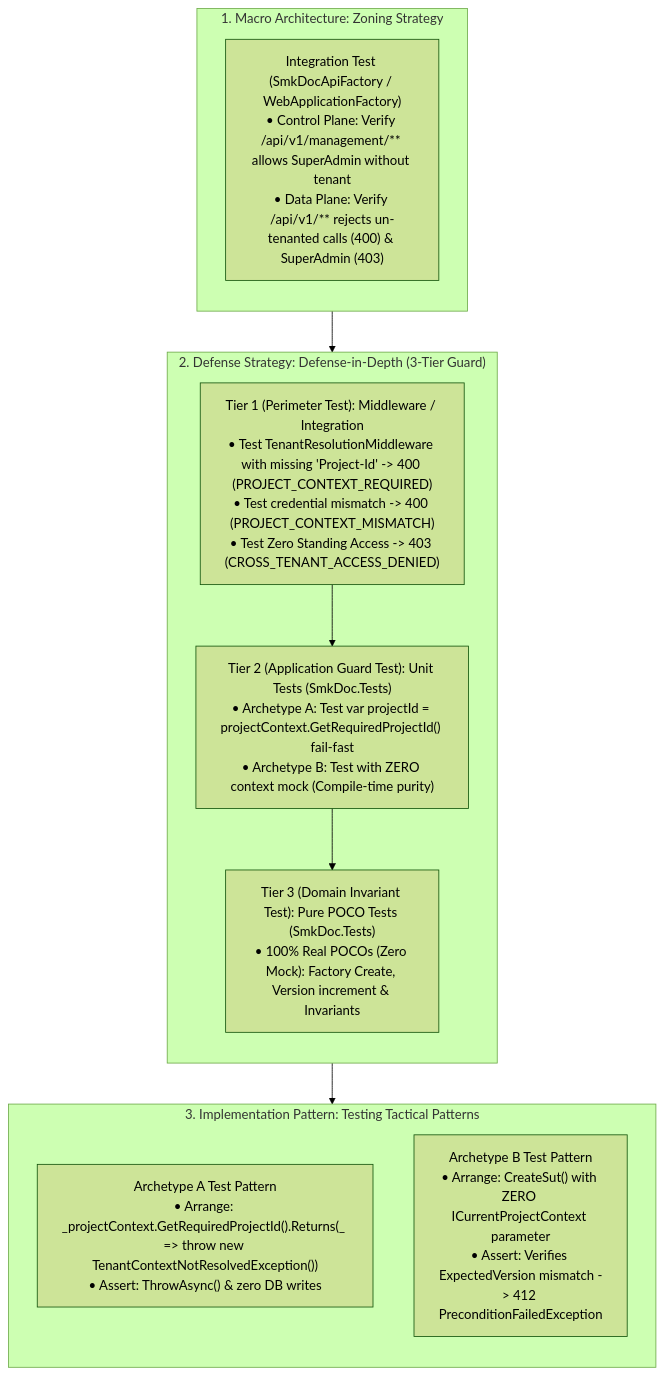
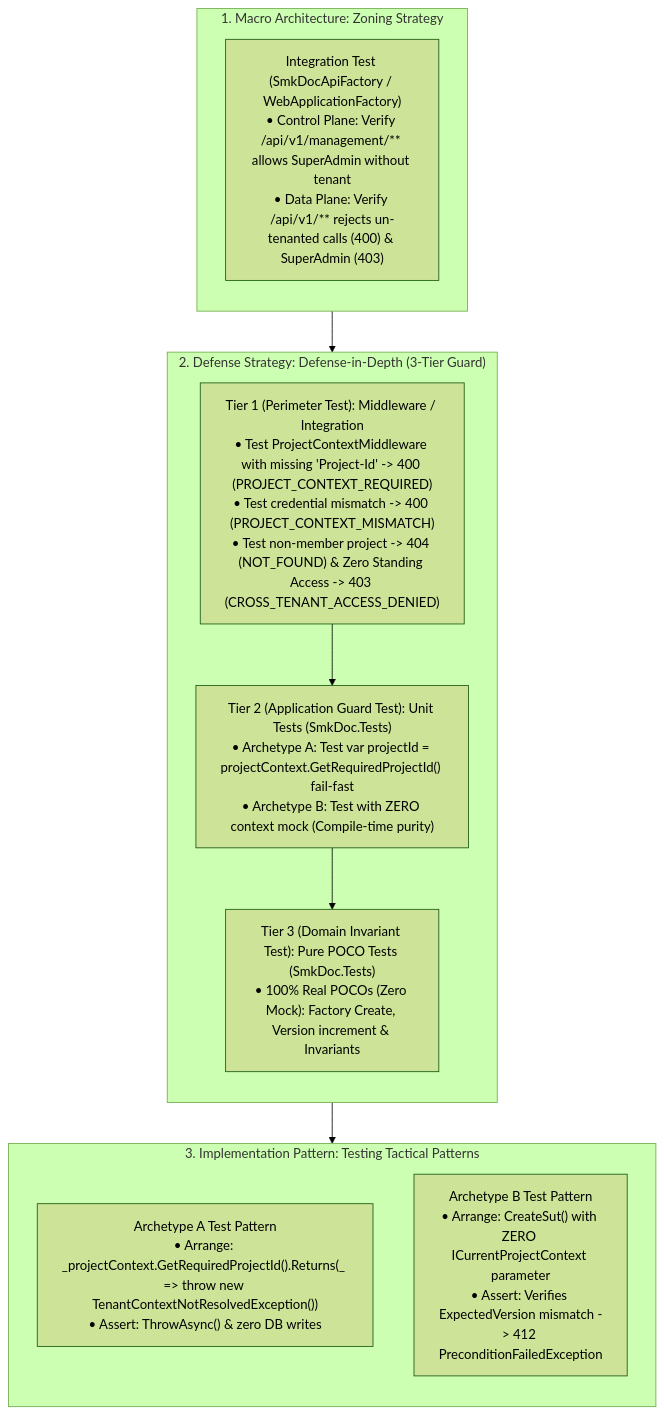
Before and after one commit to suang05/doc_template: the diagram in specs/01_clean_arch_patterns/05_testing_archetypes.md, drawn with Mermaid (forest theme). The commit also changed 171 other files, not shown here.

````diff
--- a/specs/01_clean_arch_patterns/05_testing_archetypes.md
+++ b/specs/01_clean_arch_patterns/05_testing_archetypes.md
@@ -23,24 +23,24 @@
 ```mermaid
 flowchart TD
     subgraph Macro ["1. Macro Architecture: Zoning Strategy"]
         direction TB
         IntMacro["Integration Test (SmkDocApiFactory / WebApplicationFactory)\n• Control Plane: Verify /api/v1/management/** allows SuperAdmin without tenant\n• Data Plane: Verify /api/v1/** rejects un-tenanted calls (400) & SuperAdmin (403)"]
     end
 
     subgraph Defense ["2. Defense Strategy: Defense-in-Depth (3-Tier Guard)"]
         direction TB
-        TestT1["Tier 1 (Perimeter Test): Middleware / Integration\n• Test TenantResolutionMiddleware with missing 'Project-Id' -> 400 (PROJECT_CONTEXT_REQUIRED)\n• Test credential mismatch -> 400 (PROJECT_CONTEXT_MISMATCH)\n• Test Zero Standing Access -> 403 (CROSS_TENANT_ACCESS_DENIED)"]
+        TestT1["Tier 1 (Perimeter Test): Middleware / Integration\n• Test ProjectContextMiddleware with missing 'Project-Id' -> 400 (PROJECT_CONTEXT_REQUIRED)\n• Test credential mismatch -> 400 (PROJECT_CONTEXT_MISMATCH)\n• Test non-member project -> 404 (NOT_FOUND) & Zero Standing Access -> 403 (CROSS_TENANT_ACCESS_DENIED)"]
         TestT2["Tier 2 (Application Guard Test): Unit Tests (SmkDoc.Tests)\n• Archetype A: Test var projectId = projectContext.GetRequiredProjectId() fail-fast\n• Archetype B: Test with ZERO context mock (Compile-time purity)"]
         TestT3["Tier 3 (Domain Invariant Test): Pure POCO Tests (SmkDoc.Tests)\n• 100% Real POCOs (Zero Mock): Factory Create, Version increment & Invariants"]
         TestT1 --> TestT2 --> TestT3
     end
 
     subgraph Tactical ["3. Implementation Pattern: Testing Tactical Patterns"]
         direction TB
         MockA["Archetype A Test Pattern\n• Arrange: _projectContext.GetRequiredProjectId().Returns(_ => throw new TenantContextNotResolvedException())\n• Assert: ThrowAsync<TenantContextNotResolvedException>() & zero DB writes"]
         MockB["Archetype B Test Pattern\n• Arrange: CreateSut() with ZERO ICurrentProjectContext parameter\n• Assert: Verifies ExpectedVersion mismatch -> 412 PreconditionFailedException"]
     end
 
     IntMacro --> TestT1
     TestT2 --> Tactical
 ```
````
